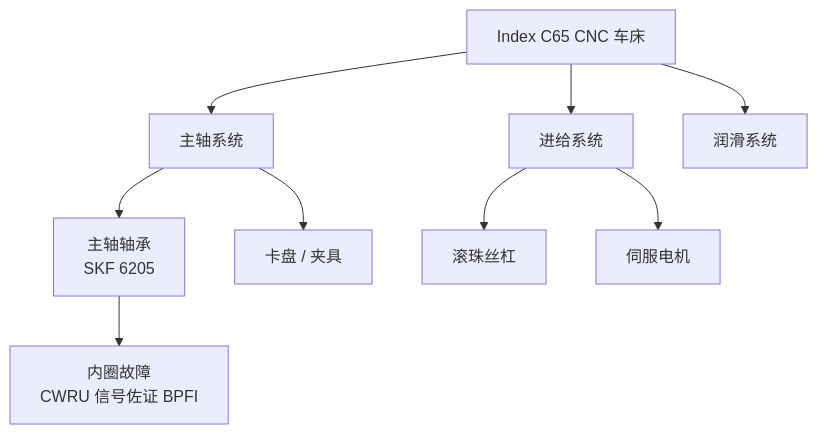
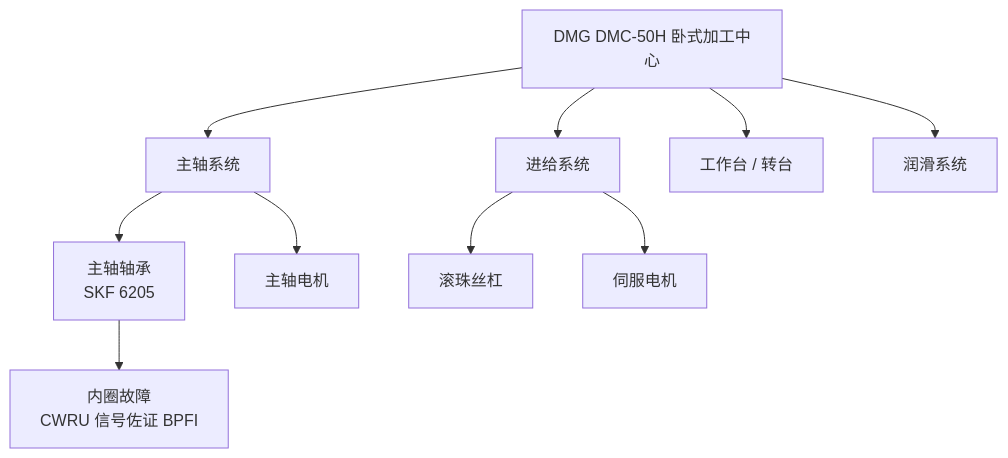
One commit to Alex-Fleet/GOAI-Project changed the fourth of 10 diagrams in docs/prd/goai-quality-agent-prd.md. Above: the diagram before and after it, drawn with Mermaid. The commit also changed other lines of this file, not shown here.

Commit message:
PRD：故事改为通用方法层，demo 主线实例换 DMC-50H 铣床

````diff
--- a/docs/prd/goai-quality-agent-prd.md
+++ b/docs/prd/goai-quality-agent-prd.md
@@ -115,11 +119,12 @@
 ```mermaid
 flowchart TD
-    C65["Index C65 CNC 车床"] --> SP["主轴系统"]
-    C65 --> FD["进给系统"]
-    C65 --> LUB["润滑系统"]
+    DMC["DMG DMC-50H 卧式加工中心"] --> SP["主轴系统"]
+    DMC --> FD["进给系统"]
+    DMC --> TB["工作台 / 转台"]
+    DMC --> LUB["润滑系统"]
     SP --> BRG["主轴轴承<br/>SKF 6205"]
-    SP --> CHK["卡盘 / 夹具"]
+    SP --> SP_M["主轴电机"]
     FD --> BS["滚珠丝杠"]
     FD --> SRV["伺服电机"]
     BRG --> FAIL["内圈故障<br/>CWRU 信号佐证 BPFI"]
 ```
````
